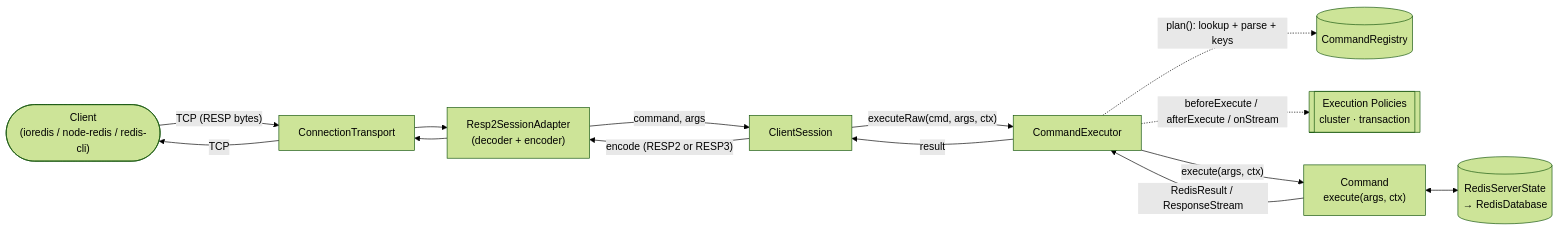
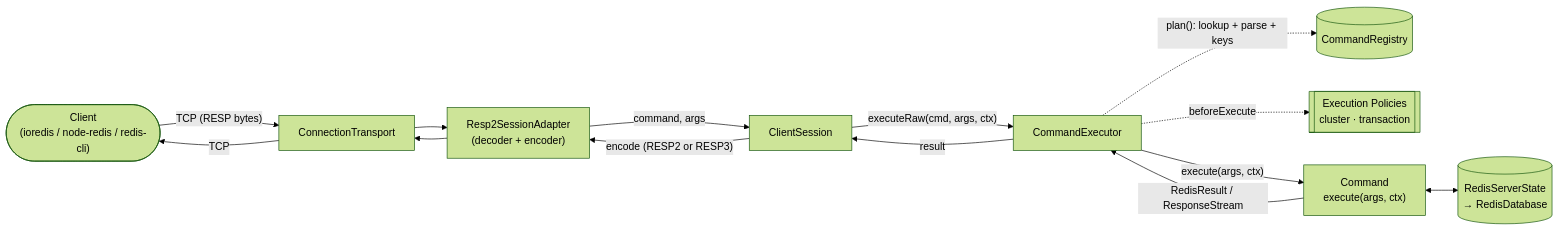
One commit to fatal10110/js-redis-server changed the first of 6 diagrams in docs/ARCHITECTURE.md. Above: the diagram before and after it, drawn with Mermaid (forest theme). The commit also changed other lines of this file and 5 other files, not shown here.

First line of the commit message:
refactor: drop unused afterExecute/onStream policy hooks (#359)

````diff
--- a/docs/ARCHITECTURE.md
+++ b/docs/ARCHITECTURE.md
@@ -27,26 +27,26 @@
 ```mermaid
 flowchart LR
     A(["Client<br/>(ioredis / node-redis / redis-cli)"])
     B[ConnectionTransport]
     C["Resp2SessionAdapter<br/>(decoder + encoder)"]
     D[ClientSession]
     F[CommandExecutor]
     G[(CommandRegistry)]
     H[[Execution Policies<br/>cluster · transaction]]
     I["Command<br/>execute(args, ctx)"]
     J[(RedisServerState<br/>→ RedisDatabase)]
 
     A -- "TCP (RESP bytes)" --> B
     B --> C
     C -- "command, args" --> D
     D -- "executeRaw(cmd, args, ctx)" --> F
     F -. "plan(): lookup + parse + keys" .-> G
-    F -. "beforeExecute / afterExecute / onStream" .-> H
+    F -. "beforeExecute" .-> H
     F -- "execute(args, ctx)" --> I
     I <--> J
     I -- "RedisResult / ResponseStream" --> F
     F -- result --> D
     D -- "encode (RESP2 or RESP3)" --> C
     C --> B
     B -- TCP --> A
 ```
````
